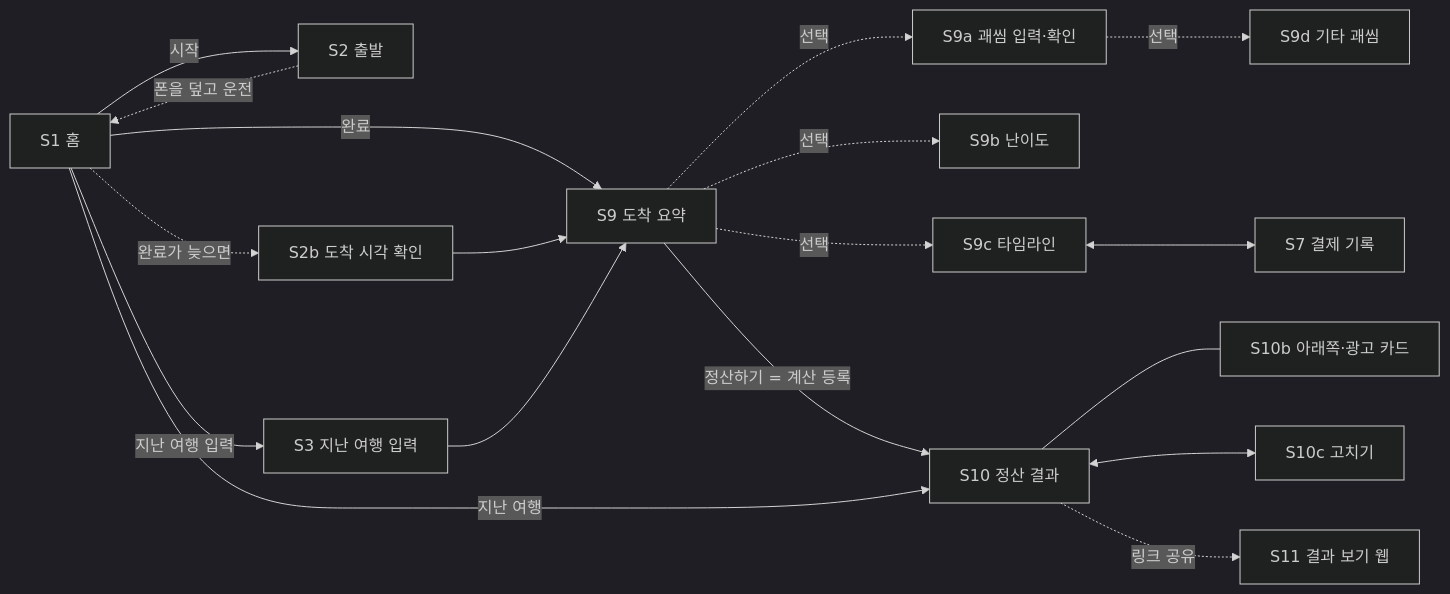
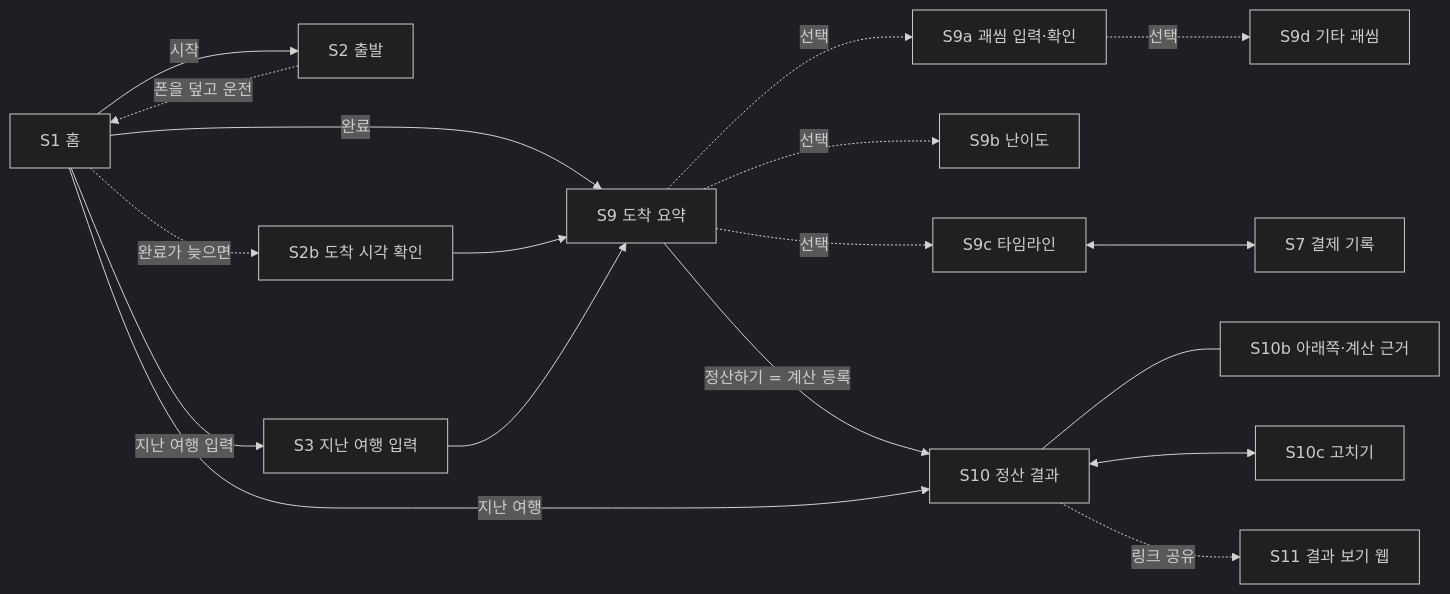
Before and after one commit to pppclove29-bit/driver-labor: the diagram in docs/spec-screens.md, drawn with Mermaid (dark theme). The commit also changed other lines of this file and 4 other files, not shown here.

````diff
--- a/docs/spec-screens.md
+++ b/docs/spec-screens.md
@@ -104,16 +103,16 @@
 ```mermaid
 flowchart LR
   S1[S1 홈] -->|시작| S2[S2 출발]
   S2 -. 폰을 덮고 운전 .-> S1
   S1 -->|완료| S9[S9 도착 요약]
   S1 -. 완료가 늦으면 .-> S2b[S2b 도착 시각 확인] --> S9
   S1 -->|지난 여행 입력| S3[S3 지난 여행 입력] --> S9
   S9 -. 선택 .-> S9a[S9a 괘씸 입력·확인] -. 선택 .-> S9d[S9d 기타 괘씸]
   S9 -. 선택 .-> S9b[S9b 난이도]
   S9 -. 선택 .-> S9c[S9c 타임라인] <--> S7[S7 결제 기록]
   S9 -->|정산하기 = 계산 등록| S10[S10 정산 결과]
-  S10 --- S10b[S10b 아래쪽·광고 카드]
+  S10 --- S10b[S10b 아래쪽·계산 근거]
   S10 <--> S10c[S10c 고치기]
   S10 -. 링크 공유 .-> S11[S11 결과 보기 웹]
   S1 -->|지난 여행| S10
 ```
````
